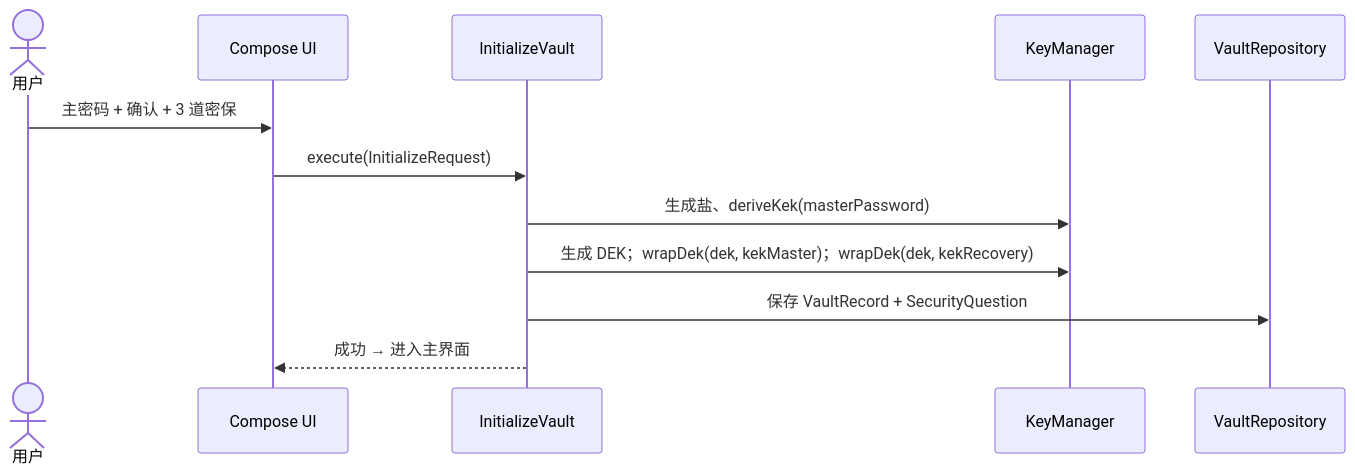
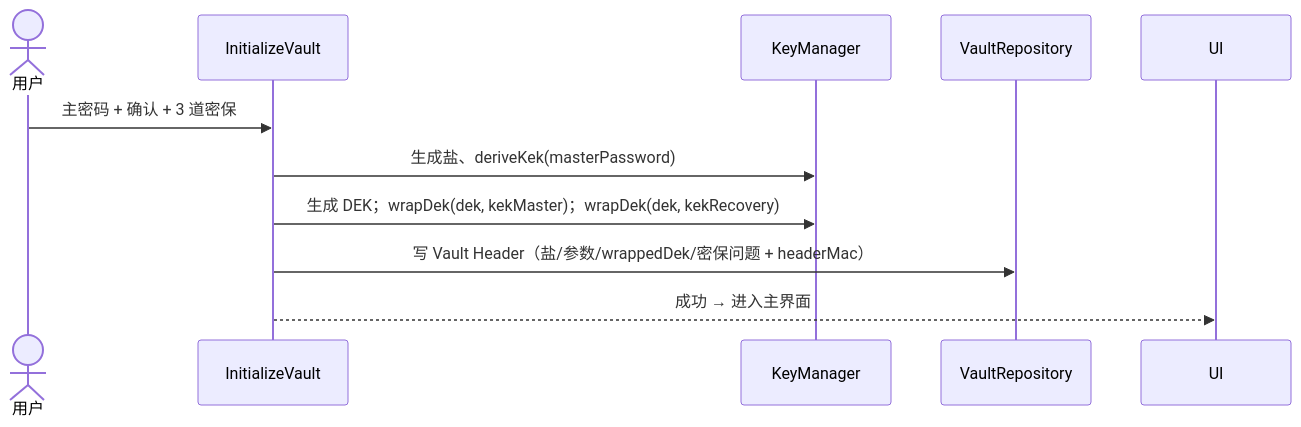
One commit to Solivagant-Soul/PasswordManager changed the second of 4 diagrams in DesignDocument/技术方案.md. Above: the diagram before and after it, drawn with Mermaid. The commit also changed other lines of this file and 2 other files, not shown here.

````diff
--- a/DesignDocument/技术方案.md
+++ b/DesignDocument/技术方案.md
@@ -178,15 +231,13 @@
 ```mermaid
 sequenceDiagram
     actor U as 用户
-    participant UI as Compose UI
     participant UC as InitializeVault
     participant KM as KeyManager
     participant Repo as VaultRepository
 
-    U->>UI: 主密码 + 确认 + 3 道密保
-    UI->>UC: execute(InitializeRequest)
+    U->>UC: 主密码 + 确认 + 3 道密保
     UC->>KM: 生成盐、deriveKek(masterPassword)
     UC->>KM: 生成 DEK；wrapDek(dek, kekMaster)；wrapDek(dek, kekRecovery)
-    UC->>Repo: 保存 VaultRecord + SecurityQuestion
+    UC->>Repo: 写 Vault Header（盐/参数/wrappedDek/密保问题 + headerMac）
     UC-->>UI: 成功 → 进入主界面
 ```
````
